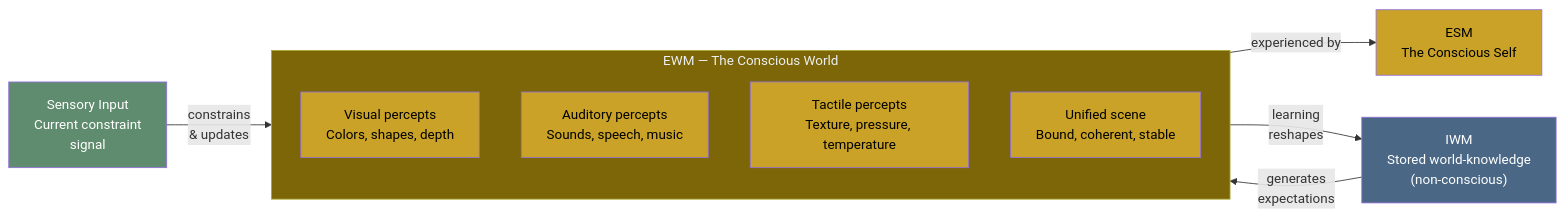
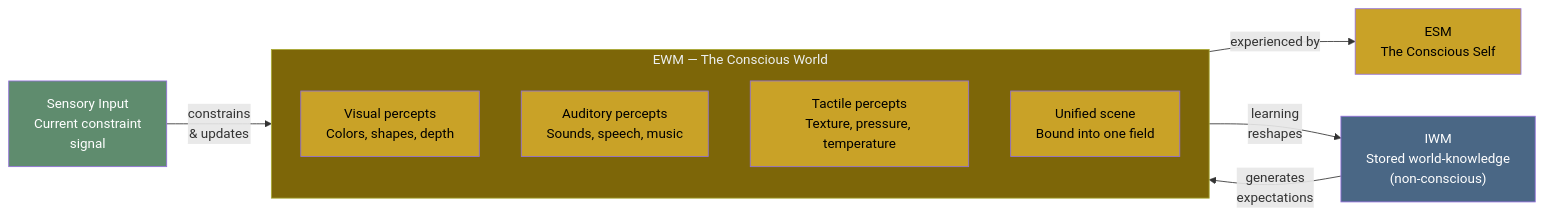
The diagram in wiki/core-architecture/explicit-world-model.md (JeltzProstetnic/aIware), drawn with Mermaid before and after one commit. The commit also changed other lines of this file and 124 other files, not shown here.

````diff
--- a/wiki/core-architecture/explicit-world-model.md
+++ b/wiki/core-architecture/explicit-world-model.md
@@ -44,28 +44,28 @@
 ```mermaid
 graph LR
     IWM["IWM<br/>Stored world-knowledge<br/>(non-conscious)"]
     SI["Sensory Input<br/>Current constraint<br/>signal"]
 
     subgraph EWM_Box["EWM — The Conscious World"]
         direction TB
         VP["Visual percepts<br/>Colors, shapes, depth"]
         AP["Auditory percepts<br/>Sounds, speech, music"]
         TP["Tactile percepts<br/>Texture, pressure, temperature"]
-        US["Unified scene<br/>Bound, coherent, stable"]
+        US["Unified scene<br/>Bound into one field"]
     end
 
     IWM -->|"generates<br/>expectations"| EWM_Box
     SI -->|"constrains<br/>& updates"| EWM_Box
 
     EWM_Box -->|"experienced by"| ESM["ESM<br/>The Conscious Self"]
     EWM_Box -->|"learning<br/>reshapes"| IWM
 
     style IWM fill:#4a6785,color:#fff
     style SI fill:#5f8c6e,color:#fff
     style EWM_Box fill:#7d6608,color:#ecf0f1
     style VP fill:#c9a227,color:#000
     style AP fill:#c9a227,color:#000
     style TP fill:#c9a227,color:#000
     style US fill:#c9a227,color:#000
     style ESM fill:#c9a227,color:#000
 ```
````
